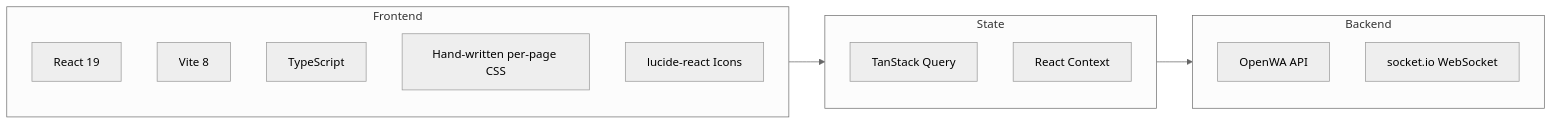
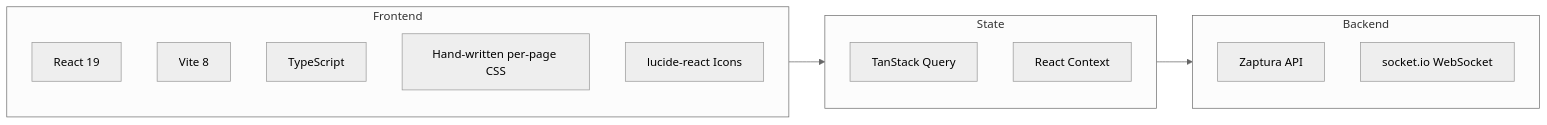
The first of 2 diagrams in docs/17-dashboard-design.md (AsmSafone/Whatsapp-SaaS), drawn with Mermaid (neutral theme) before and after one commit. The commit also changed other lines of this file and 940 other files, not shown here.

````diff
--- a/docs/17-dashboard-design.md
+++ b/docs/17-dashboard-design.md
@@ -9,23 +9,23 @@
 ```mermaid
 flowchart LR
     subgraph Frontend
         REACT[React 19]
         VITE[Vite 8]
         TS[TypeScript]
         CSS[Hand-written per-page CSS]
         LUCIDE[lucide-react Icons]
     end
 
     subgraph State
         TANSTACK[TanStack Query]
         CTX[React Context]
     end
 
     subgraph Backend
-        API[OpenWA API]
+        API[Zaptura API]
         WS[socket.io WebSocket]
     end
 
     Frontend --> State
     State --> Backend
 ```
````
